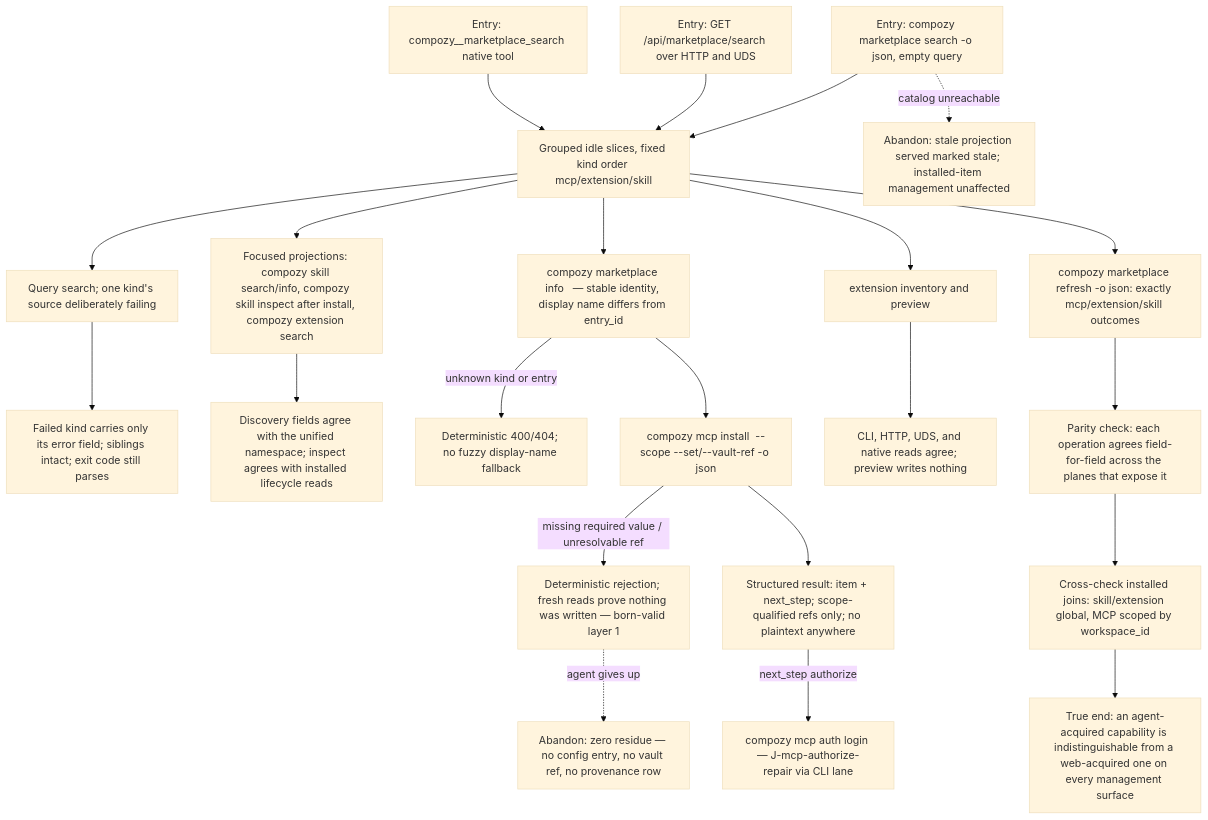
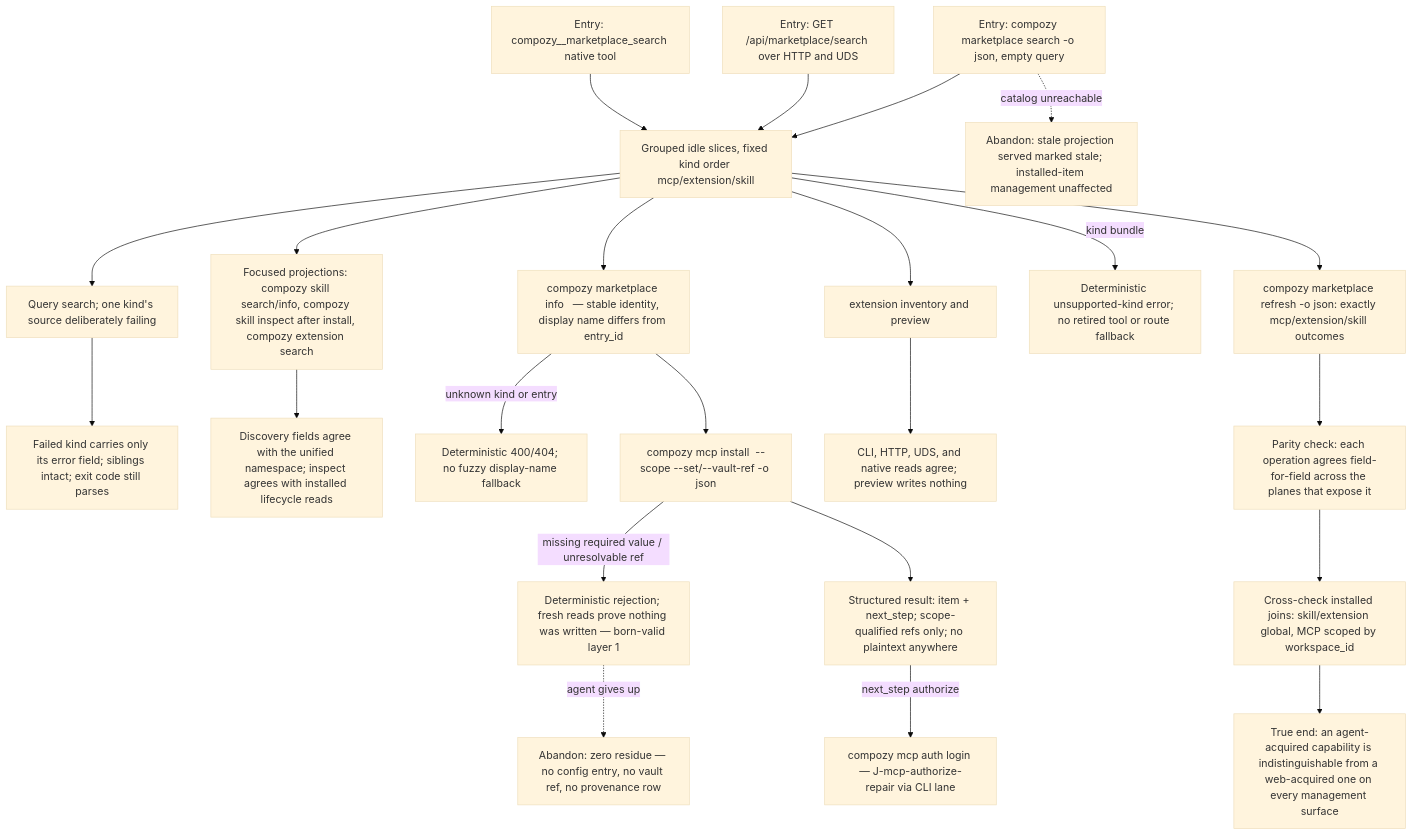
One commit to compozy/compozy changed the diagram in docs/qa/journeys/J-agent-marketplace-parity.md. Above: the diagram before and after it, drawn with Mermaid (base theme). The commit also changed other lines of this file and 29 other files, not shown here.

````diff
--- a/docs/qa/journeys/J-agent-marketplace-parity.md
+++ b/docs/qa/journeys/J-agent-marketplace-parity.md
@@ -5,24 +5,25 @@
 ```mermaid
 flowchart TD
   A[Entry: compozy marketplace search -o json, empty query] --> B[Grouped idle slices, fixed kind order mcp/extension/skill]
   A2[Entry: GET /api/marketplace/search over HTTP and UDS] --> B
   A3[Entry: compozy__marketplace_search native tool] --> B
   B --> C[Query search; one kind's source deliberately failing]
   C --> C2[Failed kind carries only its error field; siblings intact; exit code still parses]
   B --> C3[Focused projections: compozy skill search/info, compozy skill inspect after install, compozy extension search]
   C3 --> C4[Discovery fields agree with the unified namespace; inspect agrees with installed lifecycle reads]
   B --> D[compozy marketplace info <kind> <entry_id> — stable identity, display name differs from entry_id]
   D -->|unknown kind or entry| D2[Deterministic 400/404; no fuzzy display-name fallback]
   D --> E[compozy mcp install <entry> --scope --set/--vault-ref -o json]
   E -->|missing required value / unresolvable ref| E2[Deterministic rejection; fresh reads prove nothing was written — born-valid layer 1]
   E --> F[Structured result: item + next_step; scope-qualified refs only; no plaintext anywhere]
   F -->|next_step authorize| G[compozy mcp auth login — J-mcp-authorize-repair via CLI lane]
   B --> G2[extension inventory and preview]
   G2 --> G3[CLI, HTTP, UDS, and native reads agree; preview writes nothing]
+  B -->|kind bundle| BX[Deterministic unsupported-kind error; no retired tool or route fallback]
   B --> H[compozy marketplace refresh -o json: exactly mcp/extension/skill outcomes]
   H --> I[Parity check: each operation agrees field-for-field across the planes that expose it]
   I --> J[Cross-check installed joins: skill/extension global, MCP scoped by workspace_id]
   A -.->|catalog unreachable| X1[Abandon: stale projection served marked stale; installed-item management unaffected]
   E2 -.->|agent gives up| X2[Abandon: zero residue — no config entry, no vault ref, no provenance row]
   J --> Z[True end: an agent-acquired capability is indistinguishable from a web-acquired one on every management surface]
 ```
````
